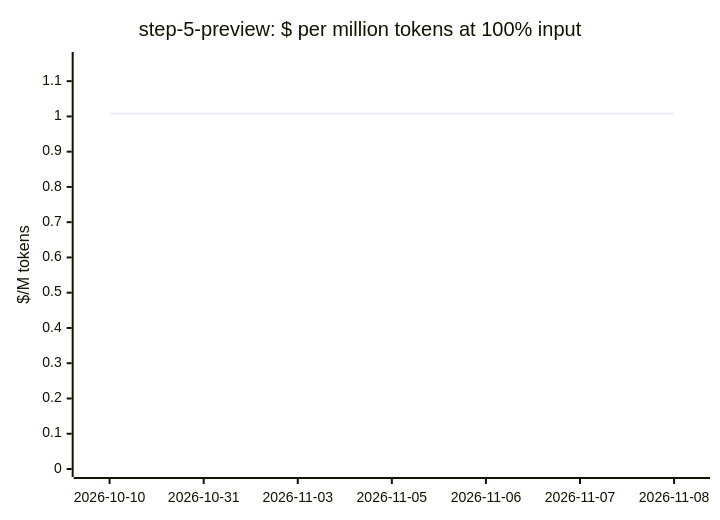
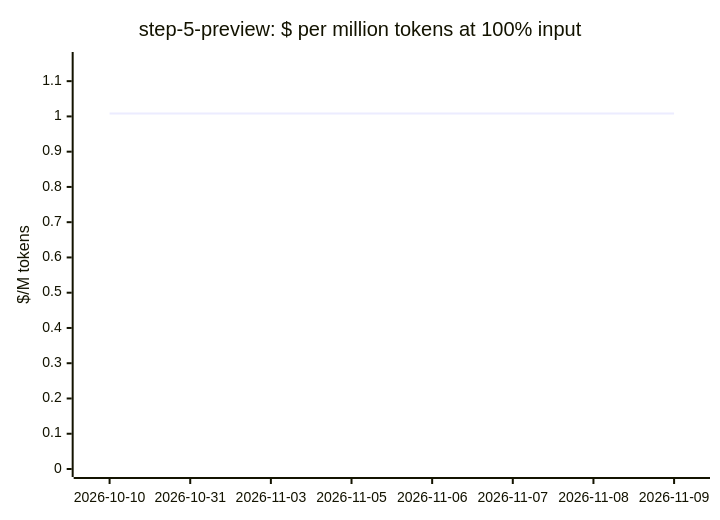
One commit to cklukas/OMEGA_TRANSFORM changed diagram 15 of 20 in docs/openrouter-models.md. Above: the diagram before and after it, drawn with Mermaid. The commit also changed other lines of this file and 47 other files, not shown here.

````diff
--- a/docs/openrouter-models.md
+++ b/docs/openrouter-models.md
@@ -268,7 +268,7 @@
 ```mermaid
 xychart-beta
     title "step-5-preview: $ per million tokens at 100% input"
-    x-axis ["2026-10-10", "2026-10-31", "2026-11-03", "2026-11-05", "2026-11-06", "2026-11-07", "2026-11-08"]
+    x-axis ["2026-10-10", "2026-10-31", "2026-11-03", "2026-11-05", "2026-11-06", "2026-11-07", "2026-11-08", "2026-11-09"]
     y-axis "$/M tokens" 0 --> 1.16
-    line [1.008, 1.008, 1.008, 1.008, 1.008, 1.008, 1.008]
+    line [1.008, 1.008, 1.008, 1.008, 1.008, 1.008, 1.008, 1.008]
 ```
````
